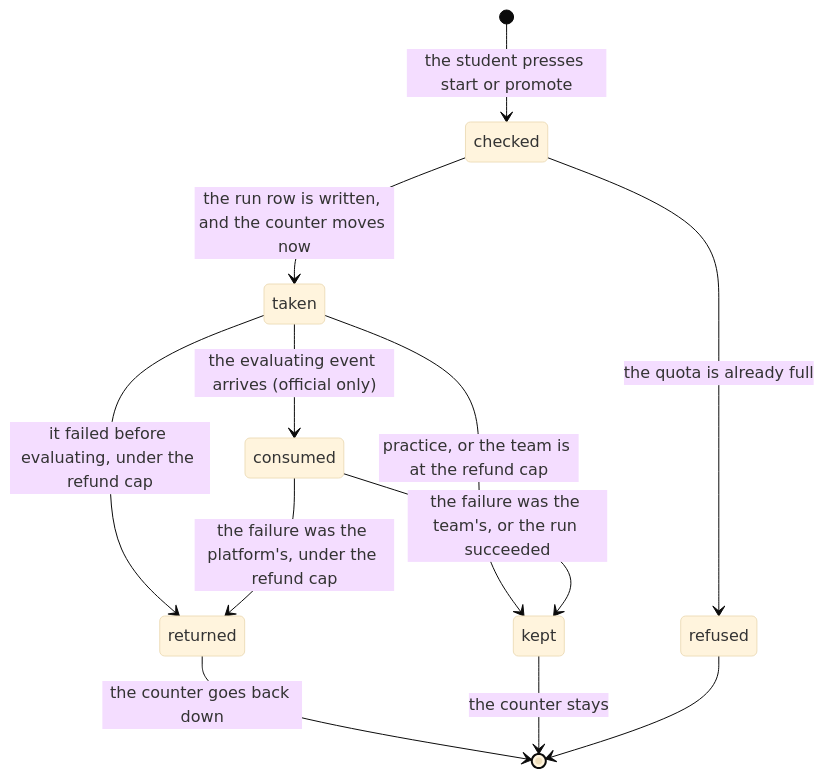
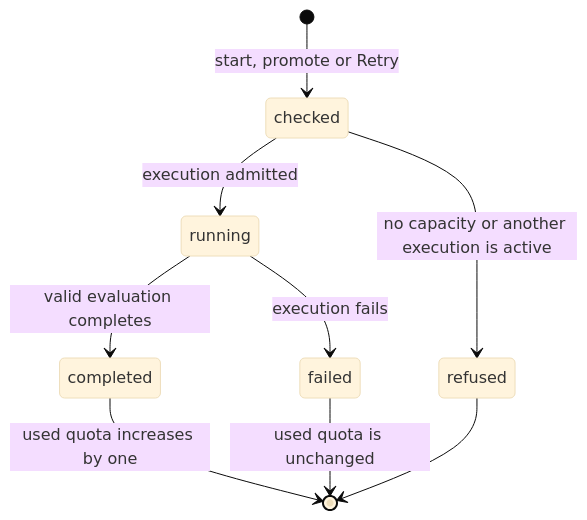
Before and after one commit to SamGu-NRX/CogPortal: the diagram in docs/product-description/cross-cutting/credit-and-quota.md, drawn with Mermaid (base theme). The commit also changed other lines of this file and 22 other files, not shown here.

First line of the commit message:
docs(recovery): describe completed-only quota and same-view retry

````diff
--- a/docs/product-description/cross-cutting/credit-and-quota.md
+++ b/docs/product-description/cross-cutting/credit-and-quota.md
@@ -21,14 +17,11 @@
 ```mermaid
 stateDiagram-v2
-    [*] --> checked : the student presses start or promote
-    checked --> refused : the quota is already full
-    checked --> taken : the run row is written, and the counter moves now
-    taken --> consumed : the evaluating event arrives (official only)
-    taken --> returned : it failed before evaluating, under the refund cap
-    consumed --> returned : the failure was the platform's, under the refund cap
-    taken --> kept : practice, or the team is at the refund cap
-    consumed --> kept : the failure was the team's, or the run succeeded
-    returned --> [*] : the counter goes back down
-    kept --> [*] : the counter stays
+    [*] --> checked : start, promote or Retry
+    checked --> refused : no capacity or another execution is active
+    checked --> running : execution admitted
+    running --> completed : valid evaluation completes
+    running --> failed : execution fails
+    completed --> [*] : used quota increases by one
+    failed --> [*] : used quota is unchanged
     refused --> [*]
 ```
````
